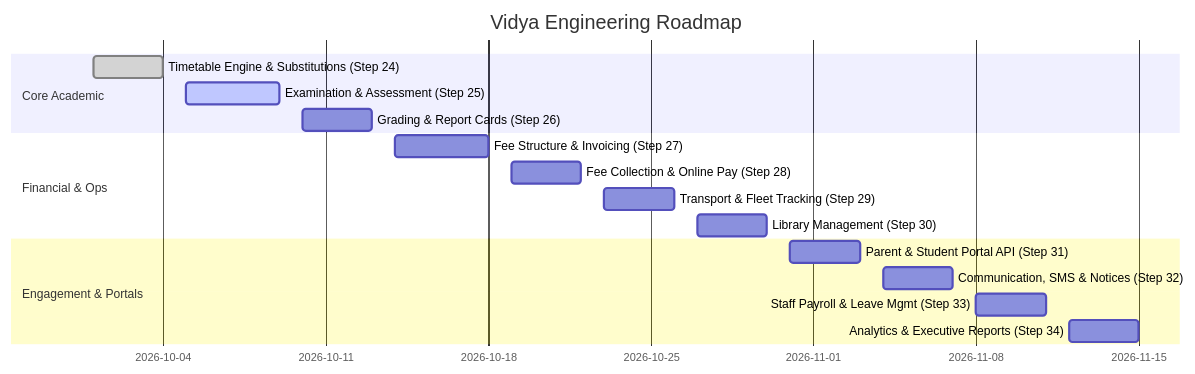
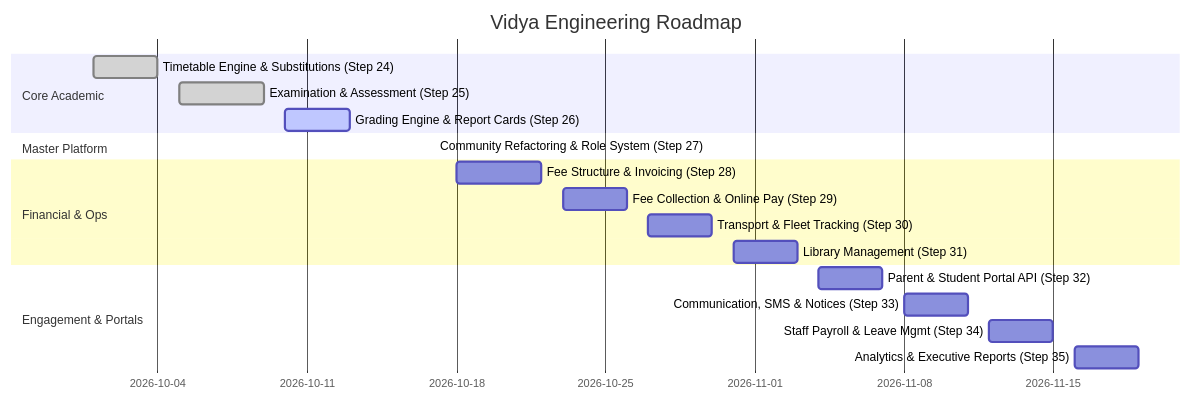
Before and after one commit to Chhavidutt-Bhardwaj/vidya_Backend: the second of 2 diagrams in PROJECT_OVERVIEW.md, drawn with Mermaid. The commit also changed other lines of this file and 175 other files, not shown here.

````diff
--- a/PROJECT_OVERVIEW.md
+++ b/PROJECT_OVERVIEW.md
@@ -149,19 +155,21 @@
 ```mermaid
 gantt
     title Vidya Engineering Roadmap
     dateFormat  YYYY-MM-DD
     section Core Academic
     Timetable Engine & Substitutions (Step 24) :done, 2026-10-01, 2026-10-04
-    Examination & Assessment (Step 25)    :active, 2026-10-05, 2026-10-09
-    Grading & Report Cards (Step 26)       :2026-10-10, 2026-10-13
+    Examination & Assessment (Step 25)         :done, 2026-10-05, 2026-10-09
+    Grading Engine & Report Cards (Step 26)    :active, 2026-10-10, 2026-10-13
+    section Master Platform
+    Community Refactoring & Role System (Step 27) :done, 2026-10-17, 2026-10-17
     section Financial & Ops
-    Fee Structure & Invoicing (Step 27)    :2026-10-14, 2026-10-18
-    Fee Collection & Online Pay (Step 28)  :2026-10-19, 2026-10-22
-    Transport & Fleet Tracking (Step 29)   :2026-10-23, 2026-10-26
-    Library Management (Step 30)           :2026-10-27, 2026-10-30
+    Fee Structure & Invoicing (Step 28)        :2026-10-18, 2026-10-22
+    Fee Collection & Online Pay (Step 29)      :2026-10-23, 2026-10-26
+    Transport & Fleet Tracking (Step 30)       :2026-10-27, 2026-10-30
+    Library Management (Step 31)               :2026-10-31, 2026-11-03
     section Engagement & Portals
-    Parent & Student Portal API (Step 31)  :2026-10-31, 2026-11-03
-    Communication, SMS & Notices (Step 32) :2026-11-04, 2026-11-07
-    Staff Payroll & Leave Mgmt (Step 33)   :2026-11-08, 2026-11-11
-    Analytics & Executive Reports (Step 34):2026-11-12, 2026-11-15
+    Parent & Student Portal API (Step 32)      :2026-11-04, 2026-11-07
+    Communication, SMS & Notices (Step 33)     :2026-11-08, 2026-11-11
+    Staff Payroll & Leave Mgmt (Step 34)       :2026-11-12, 2026-11-15
+    Analytics & Executive Reports (Step 35)    :2026-11-16, 2026-11-19
 ```
````
